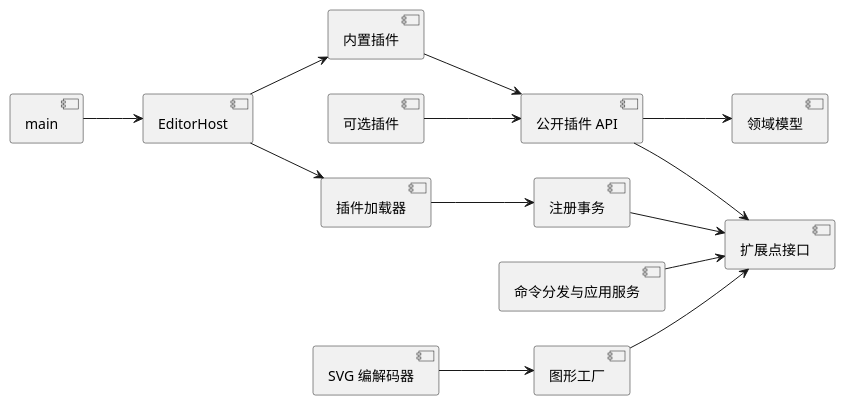
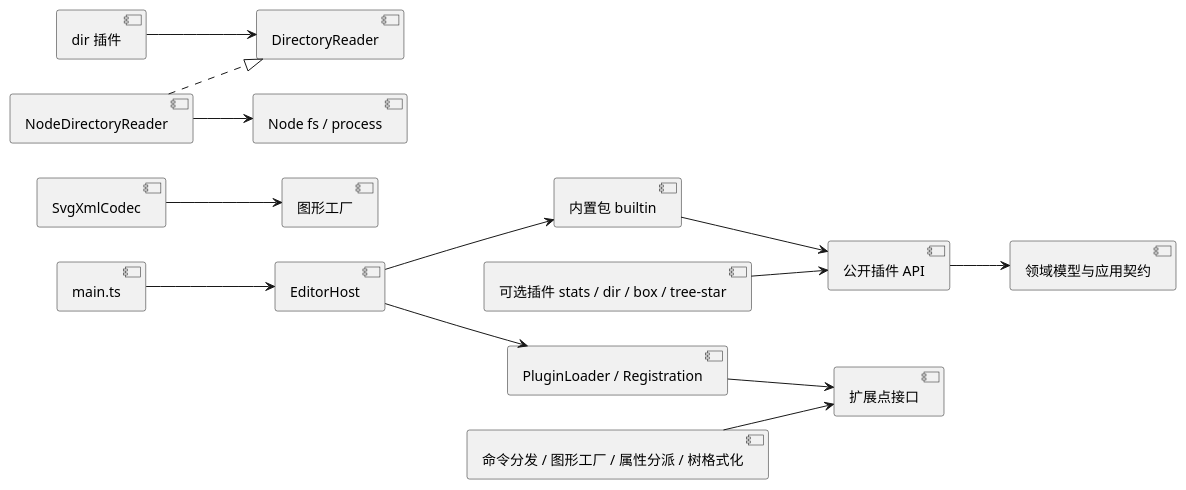
One commit to leoh4mster/svg-editor-cli-pj1 changed the second of 2 diagrams in doc/README.md. Above: the diagram before and after it, drawn with PlantUML. The commit also changed other lines of this file and 5 other files, not shown here.

````diff
--- a/doc/README.md
+++ b/doc/README.md
@@ -61,17 +37,17 @@
 ```plantuml
 @startuml
 left to right direction
-[main] --> [EditorHost]
-[EditorHost] --> [内置插件]
-[EditorHost] --> [插件加载器]
-[插件加载器] --> [注册事务]
-[注册事务] --> [扩展点接口]
-[内置插件] --> [公开插件 API]
-[可选插件] --> [公开插件 API]
-[公开插件 API] --> [扩展点接口]
-[公开插件 API] --> [领域模型]
-[命令分发与应用服务] --> [扩展点接口]
-[SVG 编解码器] --> [图形工厂]
-[图形工厂] --> [扩展点接口]
+[main.ts] --> [EditorHost]
+[EditorHost] --> [内置包 builtin]
+[EditorHost] --> [PluginLoader / Registration]
+[PluginLoader / Registration] --> [扩展点接口]
+[可选插件 stats / dir / box / tree-star] --> [公开插件 API]
+[内置包 builtin] --> [公开插件 API]
+[公开插件 API] --> [领域模型与应用契约]
+[命令分发 / 图形工厂 / 属性分派 / 树格式化] --> [扩展点接口]
+[SvgXmlCodec] --> [图形工厂]
+[dir 插件] --> [DirectoryReader]
+[NodeDirectoryReader] ..|> [DirectoryReader]
+[NodeDirectoryReader] --> [Node fs / process]
 @enduml
 ```
````
